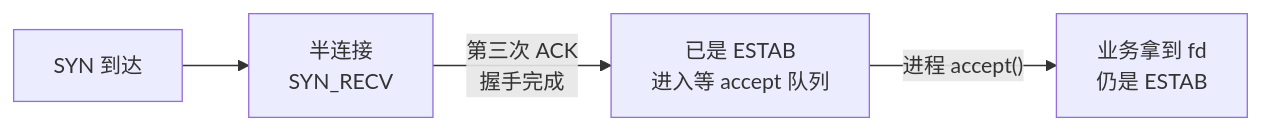
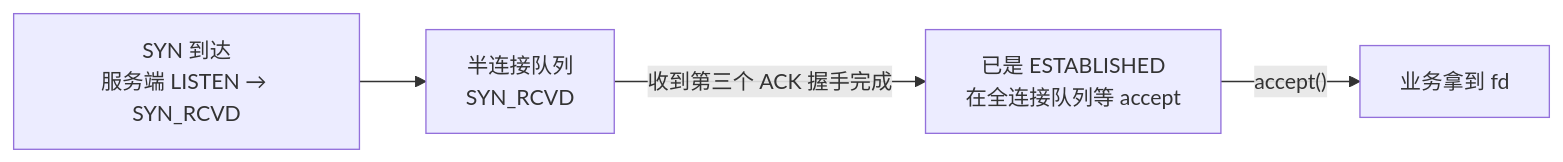
One commit to ml-cuizijun/LearnToLilith changed the tenth of 17 diagrams in 01-基础底座/12-网络栈与Socket/知识点.md. Above: the diagram before and after it, drawn with Mermaid. The commit also changed other lines of this file and 470 other files, not shown here.

````diff
--- a/01-基础底座/12-网络栈与Socket/知识点.md
+++ b/01-基础底座/12-网络栈与Socket/知识点.md
@@ -1247,6 +317,6 @@
 ```mermaid
 flowchart LR
-    A["SYN 到达"] --> B["半连接<br/>SYN_RECV"]
-    B -->|"第三次 ACK<br/>握手完成"| C["已是 ESTAB<br/>进入等 accept 队列"]
-    C -->|"进程 accept()"| D["业务拿到 fd<br/>仍是 ESTAB"]
+    A["SYN 到达<br/>服务端 LISTEN → SYN_RCVD"] --> B["半连接队列<br/>SYN_RCVD"]
+    B -->|"收到第三个 ACK 握手完成"| C["已是 ESTABLISHED<br/>在全连接队列等 accept"]
+    C -->|"accept()"| D["业务拿到 fd"]
 ```
````
